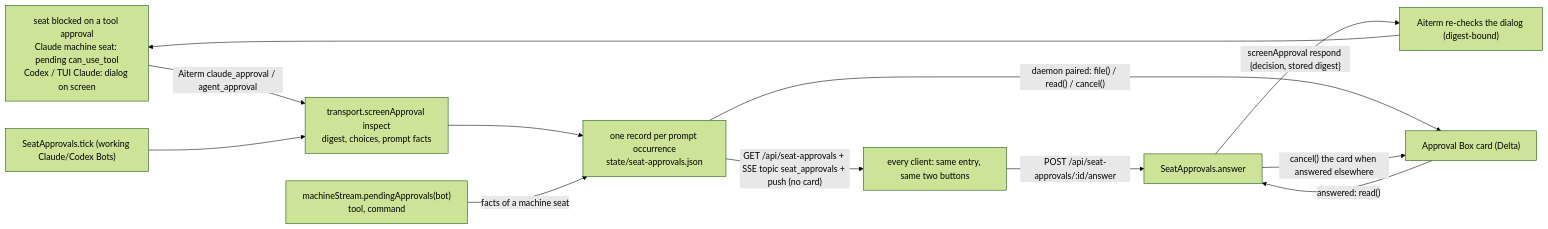
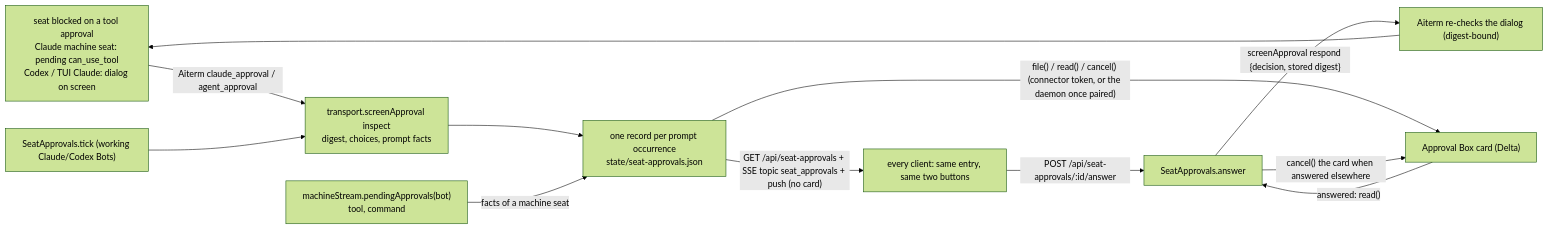
One commit to kitepon/BellTeam changed the first of 2 diagrams in docs/architecture/modules/execution/seat-approvals.md. Above: the diagram before and after it, drawn with Mermaid (forest theme). The commit also changed other lines of this file and 3 other files, not shown here.

First line of the commit message:
seat-approvals: file the card on the connector token path (own connection); no daemon-only gate

````diff
--- a/docs/architecture/modules/execution/seat-approvals.md
+++ b/docs/architecture/modules/execution/seat-approvals.md
@@ -7,13 +7,13 @@
 ```mermaid
 flowchart LR
   Seat["seat blocked on a tool approval<br/>Claude machine seat: pending can_use_tool<br/>Codex / TUI Claude: dialog on screen"] -->|"Aiterm claude_approval / agent_approval"| Insp["transport.screenApproval inspect<br/>digest, choices, prompt facts"]
   Tick["SeatApprovals.tick (working Claude/Codex Bots)"] --> Insp
   Insp --> Rec["one record per prompt occurrence<br/>state/seat-approvals.json"]
   Stream["machineStream.pendingApprovals(bot)<br/>tool, command"] -->|facts of a machine seat| Rec
   Rec -->|"GET /api/seat-approvals + SSE topic seat_approvals + push (no card)"| Apps["every client: same entry, same two buttons"]
-  Rec -->|"daemon paired: file() / read() / cancel()"| Card["Approval Box card (Delta)"]
+  Rec -->|"file() / read() / cancel() (connector token, or the daemon once paired)"| Card["Approval Box card (Delta)"]
   Apps -->|"POST /api/seat-approvals/:id/answer"| Ans["SeatApprovals.answer"]
   Card -->|"answered: read()"| Ans
   Ans -->|"screenApproval respond {decision, stored digest}"| Insp2["Aiterm re-checks the dialog (digest-bound)"] --> Seat
   Ans -->|"cancel() the card when answered elsewhere"| Card
 ```
````
